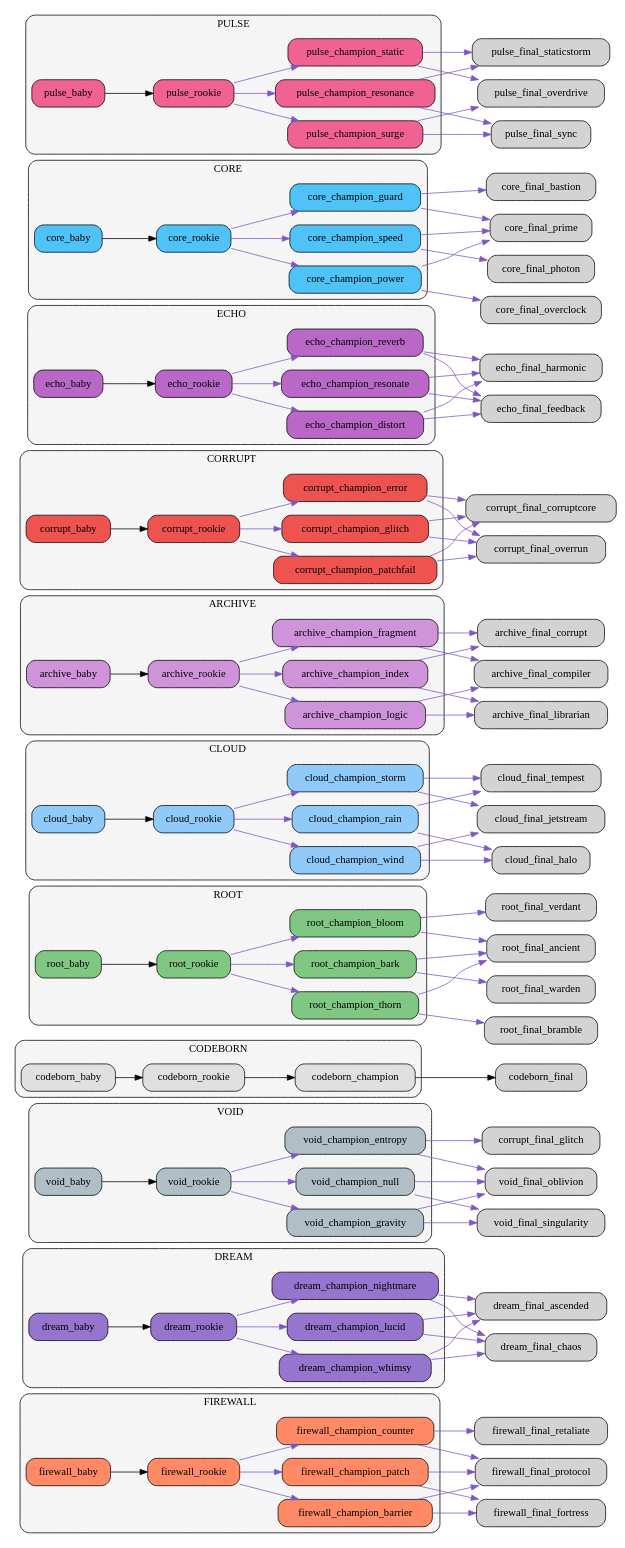
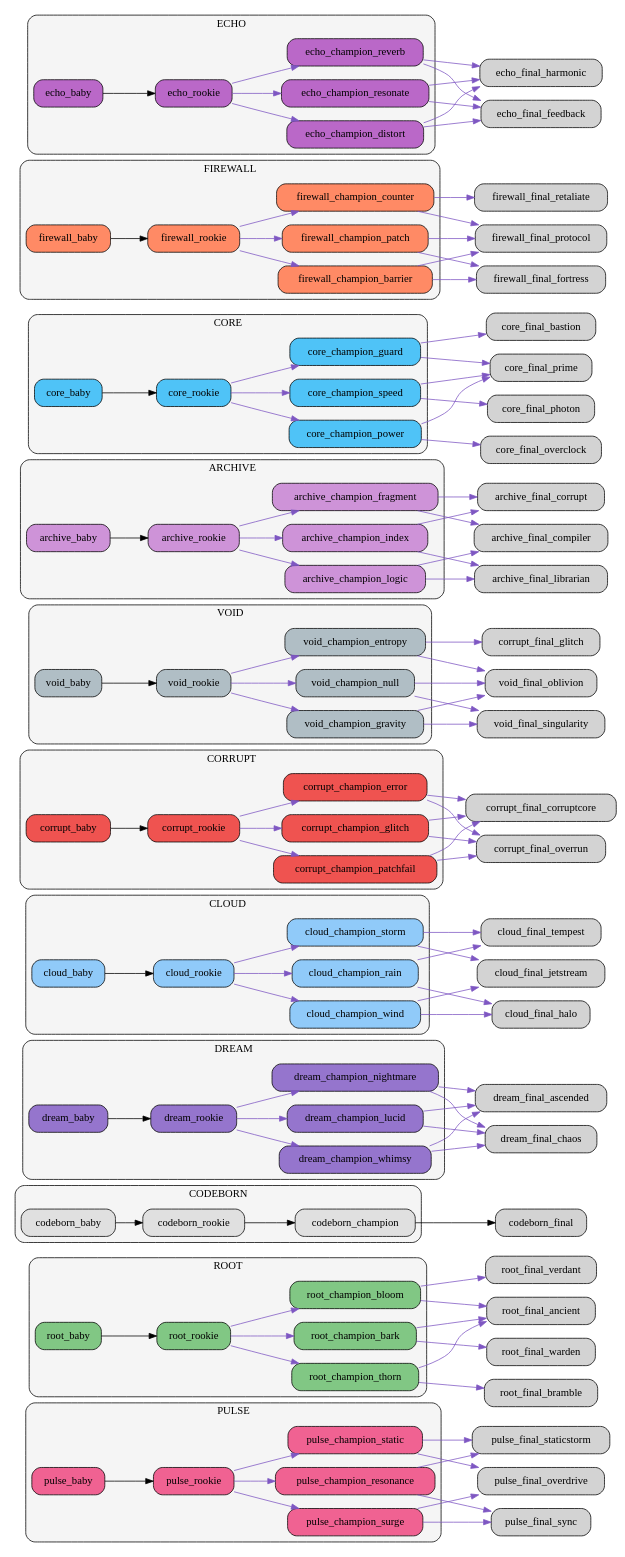
One commit to bwlight/NetGrid changed the diagram in src/netgrid/systems/evolution/graphs/clusters/evolution_clusters.dot. Above: the diagram before and after it, drawn with Graphviz. The commit also changed other lines of this file and 9 other files, not shown here.

Commit message:
Auto-update evolution graphs

```diff
--- a/src/netgrid/systems/evolution/graphs/clusters/evolution_clusters.dot
+++ b/src/netgrid/systems/evolution/graphs/clusters/evolution_clusters.dot
@@ -1,14 +1,30 @@
 digraph EvolutionTree {
   rankdir=LR;
   node [shape=box, style="rounded,filled"];
-  subgraph cluster_firewall {
-    label="FIREWALL";
+  subgraph cluster_pulse {
+    label="PULSE";
     style="rounded,filled"; fillcolor="#f5f5f5";
-    "firewall_baby" [fillcolor="#ff8a65"];
-    "firewall_rookie" [fillcolor="#ff8a65"];
-    "firewall_champion_barrier" [fillcolor="#ff8a65"];
-    "firewall_champion_counter" [fillcolor="#ff8a65"];
-    "firewall_champion_patch" [fillcolor="#ff8a65"];
+    "pulse_baby" [fillcolor="#f06292"];
+    "pulse_rookie" [fillcolor="#f06292"];
+    "pulse_champion_surge" [fillcolor="#f06292"];
+    "pulse_champion_resonance" [fillcolor="#f06292"];
+    "pulse_champion_static" [fillcolor="#f06292"];
+  }
+  subgraph cluster_root {
+    label="ROOT";
+    style="rounded,filled"; fillcolor="#f5f5f5";
+    "root_baby" [fillcolor="#81c784"];
+    "root_rookie" [fillcolor="#81c784"];
+    "root_champion_thorn" [fillcolor="#81c784"];
+    "root_champion_bloom" [fillcolor="#81c784"];
+    "root_champion_bark" [fillcolor="#81c784"];
+  }
+  subgraph cluster_codeborn {
+    label="CODEBORN";
+    style="rounded,filled"; fillcolor="#f5f5f5";
+    "codeborn_baby" [fillcolor="#e0e0e0"];
+    "codeborn_rookie" [fillcolor="#e0e0e0"];
+    "codeborn_champion" [fillcolor="#e0e0e0"];
   }
   subgraph cluster_dream {
     label="DREAM";
@@ -19,6 +35,24 @@
     "dream_champion_nightmare" [fillcolor="#9575cd"];
     "dream_champion_whimsy" [fillcolor="#9575cd"];
   }
+  subgraph cluster_cloud {
+    label="CLOUD";
+    style="rounded,filled"; fillcolor="#f5f5f5";
+    "cloud_baby" [fillcolor="#90caf9"];
+    "cloud_rookie" [fillcolor="#90caf9"];
+    "cloud_champion_wind" [fillcolor="#90caf9"];
+    "cloud_champion_rain" [fillcolor="#90caf9"];
+    "cloud_champion_storm" [fillcolor="#90caf9"];
+  }
+  subgraph cluster_corrupt {
+    label="CORRUPT";
+    style="rounded,filled"; fillcolor="#f5f5f5";
+    "corrupt_baby" [fillcolor="#ef5350"];
+    "corrupt_rookie" [fillcolor="#ef5350"];
+    "corrupt_champion_glitch" [fillcolor="#ef5350"];
+    "corrupt_champion_error" [fillcolor="#ef5350"];
+    "corrupt_champion_patchfail" [fillcolor="#ef5350"];
+  }
   subgraph cluster_void {
     label="VOID";
     style="rounded,filled"; fillcolor="#f5f5f5";
@@ -27,31 +61,6 @@
     "void_champion_entropy" [fillcolor="#b0bec5"];
     "void_champion_gravity" [fillcolor="#b0bec5"];
     "void_champion_null" [fillcolor="#b0bec5"];
-  }
-  subgraph cluster_codeborn {
-    label="CODEBORN";
-    style="rounded,filled"; fillcolor="#f5f5f5";
-    "codeborn_baby" [fillcolor="#e0e0e0"];
-    "codeborn_rookie" [fillcolor="#e0e0e0"];
-    "codeborn_champion" [fillcolor="#e0e0e0"];
-  }
-  subgraph cluster_root {
-    label="ROOT";
-    style="rounded,filled"; fillcolor="#f5f5f5";
-    "root_baby" [fillcolor="#81c784"];
-    "root_rookie" [fillcolor="#81c784"];
-    "root_champion_thorn" [fillcolor="#81c784"];
-    "root_champion_bloom" [fillcolor="#81c784"];
-    "root_champion_bark" [fillcolor="#81c784"];
-  }
-  subgraph cluster_cloud {
-    label="CLOUD";
-    style="rounded,filled"; fillcolor="#f5f5f5";
-    "cloud_baby" [fillcolor="#90caf9"];
-    "cloud_rookie" [fillcolor="#90caf9"];
-    "cloud_champion_wind" [fillcolor="#90caf9"];
-    "cloud_champion_rain" [fillcolor="#90caf9"];
-    "cloud_champion_storm" [fillcolor="#90caf9"];
   }
   subgraph cluster_archive {
     label="ARCHIVE";
@@ -62,14 +71,23 @@
     "archive_champion_index" [fillcolor="#ce93d8"];
     "archive_champion_fragment" [fillcolor="#ce93d8"];
   }
-  subgraph cluster_corrupt {
-    label="CORRUPT";
+  subgraph cluster_core {
+    label="CORE";
     style="rounded,filled"; fillcolor="#f5f5f5";
-    "corrupt_baby" [fillcolor="#ef5350"];
-    "corrupt_rookie" [fillcolor="#ef5350"];
-    "corrupt_champion_glitch" [fillcolor="#ef5350"];
-    "corrupt_champion_error" [fillcolor="#ef5350"];
-    "corrupt_champion_patchfail" [fillcolor="#ef5350"];
+    "core_baby" [fillcolor="#4fc3f7"];
+    "core_rookie" [fillcolor="#4fc3f7"];
+    "core_champion_power" [fillcolor="#4fc3f7"];
+    "core_champion_guard" [fillcolor="#4fc3f7"];
+    "core_champion_speed" [fillcolor="#4fc3f7"];
+  }
+  subgraph cluster_firewall {
+    label="FIREWALL";
+    style="rounded,filled"; fillcolor="#f5f5f5";
+    "firewall_baby" [fillcolor="#ff8a65"];
+    "firewall_rookie" [fillcolor="#ff8a65"];
+    "firewall_champion_barrier" [fillcolor="#ff8a65"];
+    "firewall_champion_counter" [fillcolor="#ff8a65"];
+    "firewall_champion_patch" [fillcolor="#ff8a65"];
   }
   subgraph cluster_echo {
     label="ECHO";
@@ -80,24 +98,89 @@
     "echo_champion_reverb" [fillcolor="#ba68c8"];
     "echo_champion_distort" [fillcolor="#ba68c8"];
   }
-  subgraph cluster_core {
-    label="CORE";
-    style="rounded,filled"; fillcolor="#f5f5f5";
-    "core_baby" [fillcolor="#4fc3f7"];
-    "core_rookie" [fillcolor="#4fc3f7"];
-    "core_champion_power" [fillcolor="#4fc3f7"];
-    "core_champion_guard" [fillcolor="#4fc3f7"];
-    "core_champion_speed" [fillcolor="#4fc3f7"];
-  }
-  subgraph cluster_pulse {
-    label="PULSE";
-    style="rounded,filled"; fillcolor="#f5f5f5";
-    "pulse_baby" [fillcolor="#f06292"];
-    "pulse_rookie" [fillcolor="#f06292"];
-    "pulse_champion_surge" [fillcolor="#f06292"];
-    "pulse_champion_resonance" [fillcolor="#f06292"];
-    "pulse_champion_static" [fillcolor="#f06292"];
-  }
+  "pulse_baby" -> "pulse_rookie";
+  "pulse_rookie" -> "pulse_champion_surge" [color="#7e57c2"];
+  "pulse_rookie" -> "pulse_champion_resonance" [color="#7e57c2"];
+  "pulse_rookie" -> "pulse_champion_static" [color="#7e57c2"];
+  "pulse_champion_surge" -> "pulse_final_overdrive" [color="#7e57c2"];
+  "pulse_champion_surge" -> "pulse_final_sync" [color="#7e57c2"];
+  "pulse_champion_resonance" -> "pulse_final_sync" [color="#7e57c2"];
+  "pulse_champion_resonance" -> "pulse_final_staticstorm" [color="#7e57c2"];
+  "pulse_champion_static" -> "pulse_final_staticstorm" [color="#7e57c2"];
+  "pulse_champion_static" -> "pulse_final_overdrive" [color="#7e57c2"];
+  "root_baby" -> "root_rookie";
+  "root_rookie" -> "root_champion_thorn" [color="#7e57c2"];
+  "root_rookie" -> "root_champion_bloom" [color="#7e57c2"];
+  "root_rookie" -> "root_champion_bark" [color="#7e57c2"];
+  "root_champion_thorn" -> "root_final_bramble" [color="#7e57c2"];
+  "root_champion_thorn" -> "root_final_ancient" [color="#7e57c2"];
+  "root_champion_bloom" -> "root_final_ancient" [color="#7e57c2"];
+  "root_champion_bloom" -> "root_final_verdant" [color="#7e57c2"];
+  "root_champion_bark" -> "root_final_warden" [color="#7e57c2"];
+  "root_champion_bark" -> "root_final_ancient" [color="#7e57c2"];
+  "codeborn_baby" -> "codeborn_rookie";
+  "codeborn_rookie" -> "codeborn_champion";
+  "codeborn_champion" -> "codeborn_final";
+  "dream_baby" -> "dream_rookie";
+  "dream_rookie" -> "dream_champion_lucid" [color="#7e57c2"];
+  "dream_rookie" -> "dream_champion_nightmare" [color="#7e57c2"];
+  "dream_rookie" -> "dream_champion_whimsy" [color="#7e57c2"];
+  "dream_champion_lucid" -> "dream_final_ascended" [color="#7e57c2"];
+  "dream_champion_lucid" -> "dream_final_chaos" [color="#7e57c2"];
+  "dream_champion_nightmare" -> "dream_final_chaos" [color="#7e57c2"];
+  "dream_champion_nightmare" -> "dream_final_ascended" [color="#7e57c2"];
+  "dream_champion_whimsy" -> "dream_final_ascended" [color="#7e57c2"];
+  "dream_champion_whimsy" -> "dream_final_chaos" [color="#7e57c2"];
+  "cloud_baby" -> "cloud_rookie";
+  "cloud_rookie" -> "cloud_champion_wind" [color="#7e57c2"];
+  "cloud_rookie" -> "cloud_champion_rain" [color="#7e57c2"];
+  "cloud_rookie" -> "cloud_champion_storm" [color="#7e57c2"];
+  "cloud_champion_wind" -> "cloud_final_jetstream" [color="#7e57c2"];
+  "cloud_champion_wind" -> "cloud_final_halo" [color="#7e57c2"];
+  "cloud_champion_rain" -> "cloud_final_halo" [color="#7e57c2"];
+  "cloud_champion_rain" -> "cloud_final_tempest" [color="#7e57c2"];
+  "cloud_champion_storm" -> "cloud_final_tempest" [color="#7e57c2"];
+  "cloud_champion_storm" -> "cloud_final_jetstream" [color="#7e57c2"];
+  "corrupt_baby" -> "corrupt_rookie";
+  "corrupt_rookie" -> "corrupt_champion_glitch" [color="#7e57c2"];
+  "corrupt_rookie" -> "corrupt_champion_error" [color="#7e57c2"];
+  "corrupt_rookie" -> "corrupt_champion_patchfail" [color="#7e57c2"];
+  "corrupt_champion_glitch" -> "corrupt_final_corruptcore" [color="#7e57c2"];
+  "corrupt_champion_glitch" -> "corrupt_final_overrun" [color="#7e57c2"];
+  "corrupt_champion_error" -> "corrupt_final_overrun" [color="#7e57c2"];
+  "corrupt_champion_error" -> "corrupt_final_corruptcore" [color="#7e57c2"];
+  "corrupt_champion_patchfail" -> "corrupt_final_corruptcore" [color="#7e57c2"];
+  "corrupt_champion_patchfail" -> "corrupt_final_overrun" [color="#7e57c2"];
+  "void_baby" -> "void_rookie";
+  "void_rookie" -> "void_champion_entropy" [color="#7e57c2"];
+  "void_rookie" -> "void_champion_gravity" [color="#7e57c2"];
+  "void_rookie" -> "void_champion_null" [color="#7e57c2"];
+  "void_champion_entropy" -> "corrupt_final_glitch" [color="#7e57c2"];
+  "void_champion_entropy" -> "void_final_oblivion" [color="#7e57c2"];
+  "void_champion_gravity" -> "void_final_singularity" [color="#7e57c2"];
+  "void_champion_gravity" -> "void_final_oblivion" [color="#7e57c2"];
+  "void_champion_null" -> "void_final_oblivion" [color="#7e57c2"];
+  "void_champion_null" -> "void_final_singularity" [color="#7e57c2"];
+  "archive_baby" -> "archive_rookie";
+  "archive_rookie" -> "archive_champion_logic" [color="#7e57c2"];
+  "archive_rookie" -> "archive_champion_index" [color="#7e57c2"];
+  "archive_rookie" -> "archive_champion_fragment" [color="#7e57c2"];
+  "archive_champion_logic" -> "archive_final_compiler" [color="#7e57c2"];
+  "archive_champion_logic" -> "archive_final_librarian" [color="#7e57c2"];
+  "archive_champion_index" -> "archive_final_librarian" [color="#7e57c2"];
+  "archive_champion_index" -> "archive_final_corrupt" [color="#7e57c2"];
+  "archive_champion_fragment" -> "archive_final_corrupt" [color="#7e57c2"];
+  "archive_champion_fragment" -> "archive_final_compiler" [color="#7e57c2"];
+  "core_baby" -> "core_rookie";
+  "core_rookie" -> "core_champion_power" [color="#7e57c2"];
+  "core_rookie" -> "core_champion_guard" [color="#7e57c2"];
+  "core_rookie" -> "core_champion_speed" [color="#7e57c2"];
+  "core_champion_power" -> "core_final_overclock" [color="#7e57c2"];
+  "core_champion_power" -> "core_final_prime" [color="#7e57c2"];
+  "core_champion_guard" -> "core_final_bastion" [color="#7e57c2"];
+  "core_champion_guard" -> "core_final_prime" [color="#7e57c2"];
+  "core_champion_speed" -> "core_final_photon" [color="#7e57c2"];
+  "core_champion_speed" -> "core_final_prime" [color="#7e57c2"];
   "firewall_baby" -> "firewall_rookie";
   "firewall_rookie" -> "firewall_champion_barrier" [color="#7e57c2"];
   "firewall_rookie" -> "firewall_champion_counter" [color="#7e57c2"];
@@ -108,69 +191,6 @@
   "firewall_champion_counter" -> "firewall_final_protocol" [color="#7e57c2"];
   "firewall_champion_patch" -> "firewall_final_protocol" [color="#7e57c2"];
   "firewall_champion_patch" -> "firewall_final_fortress" [color="#7e57c2"];
-  "dream_baby" -> "dream_rookie";
-  "dream_rookie" -> "dream_champion_lucid" [color="#7e57c2"];
-  "dream_rookie" -> "dream_champion_nightmare" [color="#7e57c2"];
-  "dream_rookie" -> "dream_champion_whimsy" [color="#7e57c2"];
-  "dream_champion_lucid" -> "dream_final_ascended" [color="#7e57c2"];
-  "dream_champion_lucid" -> "dream_final_chaos" [color="#7e57c2"];
-  "dream_champion_nightmare" -> "dream_final_chaos" [color="#7e57c2"];
-  "dream_champion_nightmare" -> "dream_final_ascended" [color="#7e57c2"];
-  "dream_champion_whimsy" -> "dream_final_ascended" [color="#7e57c2"];
-  "dream_champion_whimsy" -> "dream_final_chaos" [color="#7e57c2"];
-  "void_baby" -> "void_rookie";
-  "void_rookie" -> "void_champion_entropy" [color="#7e57c2"];
-  "void_rookie" -> "void_champion_gravity" [color="#7e57c2"];
-  "void_rookie" -> "void_champion_null" [color="#7e57c2"];
-  "void_champion_entropy" -> "corrupt_final_glitch" [color="#7e57c2"];
-  "void_champion_entropy" -> "void_final_oblivion" [color="#7e57c2"];
-  "void_champion_gravity" -> "void_final_singularity" [color="#7e57c2"];
-  "void_champion_gravity" -> "void_final_oblivion" [color="#7e57c2"];
-  "void_champion_null" -> "void_final_oblivion" [color="#7e57c2"];
-  "void_champion_null" -> "void_final_singularity" [color="#7e57c2"];
-  "codeborn_baby" -> "codeborn_rookie";
-  "codeborn_rookie" -> "codeborn_champion";
-  "codeborn_champion" -> "codeborn_final";
-  "root_baby" -> "root_rookie";
-  "root_rookie" -> "root_champion_thorn" [color="#7e57c2"];
-  "root_rookie" -> "root_champion_bloom" [color="#7e57c2"];
-  "root_rookie" -> "root_champion_bark" [color="#7e57c2"];
-  "root_champion_thorn" -> "root_final_bramble" [color="#7e57c2"];
-  "root_champion_thorn" -> "root_final_ancient" [color="#7e57c2"];
-  "root_champion_bloom" -> "root_final_ancient" [color="#7e57c2"];
-  "root_champion_bloom" -> "root_final_verdant" [color="#7e57c2"];
-  "root_champion_bark" -> "root_final_warden" [color="#7e57c2"];
-  "root_champion_bark" -> "root_final_ancient" [color="#7e57c2"];
-  "cloud_baby" -> "cloud_rookie";
-  "cloud_rookie" -> "cloud_champion_wind" [color="#7e57c2"];
-  "cloud_rookie" -> "cloud_champion_rain" [color="#7e57c2"];
-  "cloud_rookie" -> "cloud_champion_storm" [color="#7e57c2"];
-  "cloud_champion_wind" -> "cloud_final_jetstream" [color="#7e57c2"];
-  "cloud_champion_wind" -> "cloud_final_halo" [color="#7e57c2"];
-  "cloud_champion_rain" -> "cloud_final_halo" [color="#7e57c2"];
-  "cloud_champion_rain" -> "cloud_final_tempest" [color="#7e57c2"];
-  "cloud_champion_storm" -> "cloud_final_tempest" [color="#7e57c2"];
-  "cloud_champion_storm" -> "cloud_final_jetstream" [color="#7e57c2"];
-  "archive_baby" -> "archive_rookie";
-  "archive_rookie" -> "archive_champion_logic" [color="#7e57c2"];
-  "archive_rookie" -> "archive_champion_index" [color="#7e57c2"];
-  "archive_rookie" -> "archive_champion_fragment" [color="#7e57c2"];
-  "archive_champion_logic" -> "archive_final_compiler" [color="#7e57c2"];
-  "archive_champion_logic" -> "archive_final_librarian" [color="#7e57c2"];
-  "archive_champion_index" -> "archive_final_librarian" [color="#7e57c2"];
-  "archive_champion_index" -> "archive_final_corrupt" [color="#7e57c2"];
-  "archive_champion_fragment" -> "archive_final_corrupt" [color="#7e57c2"];
-  "archive_champion_fragment" -> "archive_final_compiler" [color="#7e57c2"];
-  "corrupt_baby" -> "corrupt_rookie";
-  "corrupt_rookie" -> "corrupt_champion_glitch" [color="#7e57c2"];
-  "corrupt_rookie" -> "corrupt_champion_error" [color="#7e57c2"];
-  "corrupt_rookie" -> "corrupt_champion_patchfail" [color="#7e57c2"];
-  "corrupt_champion_glitch" -> "corrupt_final_corruptcore" [color="#7e57c2"];
-  "corrupt_champion_glitch" -> "corrupt_final_overrun" [color="#7e57c2"];
-  "corrupt_champion_error" -> "corrupt_final_overrun" [color="#7e57c2"];
-  "corrupt_champion_error" -> "corrupt_final_corruptcore" [color="#7e57c2"];
-  "corrupt_champion_patchfail" -> "corrupt_final_corruptcore" [color="#7e57c2"];
-  "corrupt_champion_patchfail" -> "corrupt_final_overrun" [color="#7e57c2"];
   "echo_baby" -> "echo_rookie";
   "echo_rookie" -> "echo_champion_resonate" [color="#7e57c2"];
   "echo_rookie" -> "echo_champion_reverb" [color="#7e57c2"];
@@ -181,24 +201,4 @@
   "echo_champion_reverb" -> "echo_final_harmonic" [color="#7e57c2"];
   "echo_champion_distort" -> "echo_final_feedback" [color="#7e57c2"];
   "echo_champion_distort" -> "echo_final_harmonic" [color="#7e57c2"];
-  "core_baby" -> "core_rookie";
-  "core_rookie" -> "core_champion_power" [color="#7e57c2"];
-  "core_rookie" -> "core_champion_guard" [color="#7e57c2"];
-  "core_rookie" -> "core_champion_speed" [color="#7e57c2"];
-  "core_champion_power" -> "core_final_overclock" [color="#7e57c2"];
-  "core_champion_power" -> "core_final_prime" [color="#7e57c2"];
-  "core_champion_guard" -> "core_final_bastion" [color="#7e57c2"];
-  "core_champion_guard" -> "core_final_prime" [color="#7e57c2"];
-  "core_champion_speed" -> "core_final_photon" [color="#7e57c2"];
-  "core_champion_speed" -> "core_final_prime" [color="#7e57c2"];
-  "pulse_baby" -> "pulse_rookie";
-  "pulse_rookie" -> "pulse_champion_surge" [color="#7e57c2"];
-  "pulse_rookie" -> "pulse_champion_resonance" [color="#7e57c2"];
-  "pulse_rookie" -> "pulse_champion_static" [color="#7e57c2"];
-  "pulse_champion_surge" -> "pulse_final_overdrive" [color="#7e57c2"];
-  "pulse_champion_surge" -> "pulse_final_sync" [color="#7e57c2"];
-  "pulse_champion_resonance" -> "pulse_final_sync" [color="#7e57c2"];
-  "pulse_champion_resonance" -> "pulse_final_staticstorm" [color="#7e57c2"];
-  "pulse_champion_static" -> "pulse_final_staticstorm" [color="#7e57c2"];
-  "pulse_champion_static" -> "pulse_final_overdrive" [color="#7e57c2"];
 }
```
